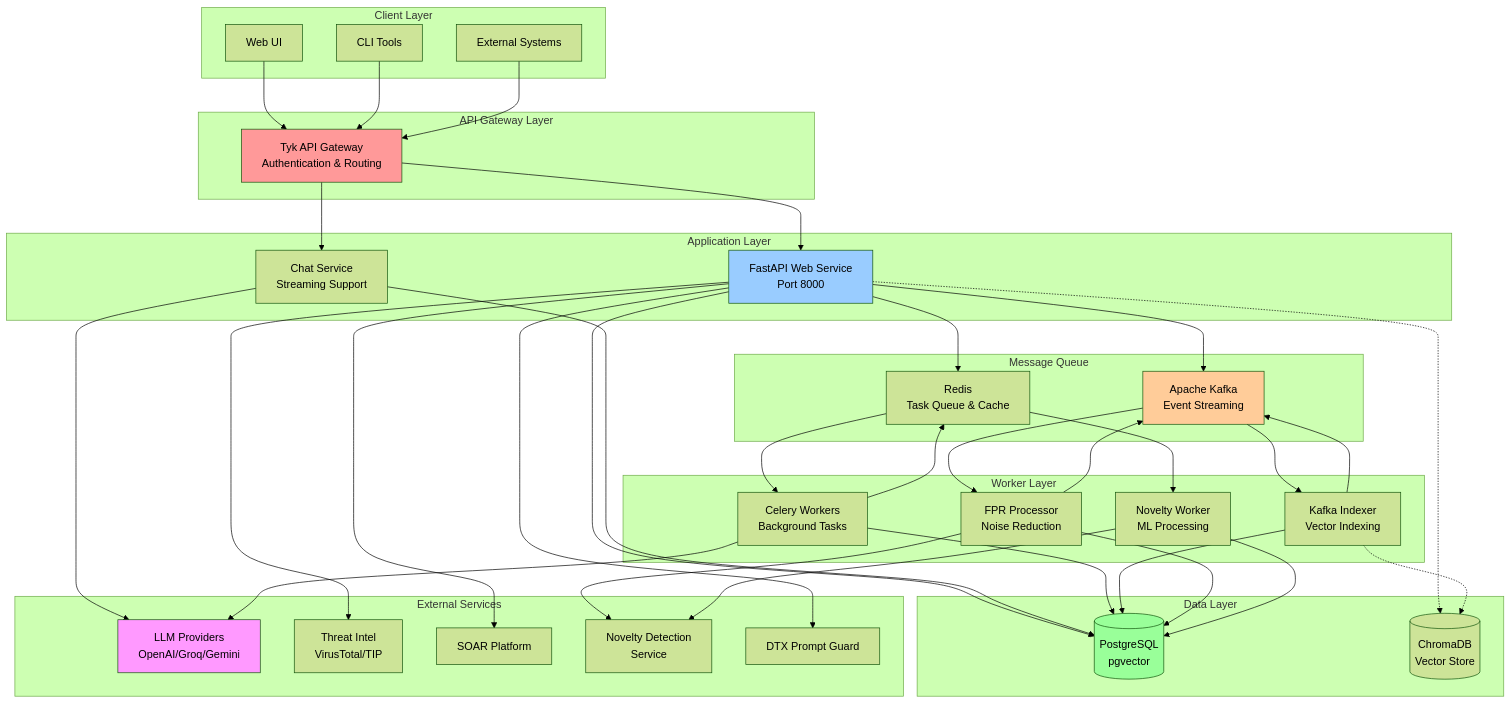
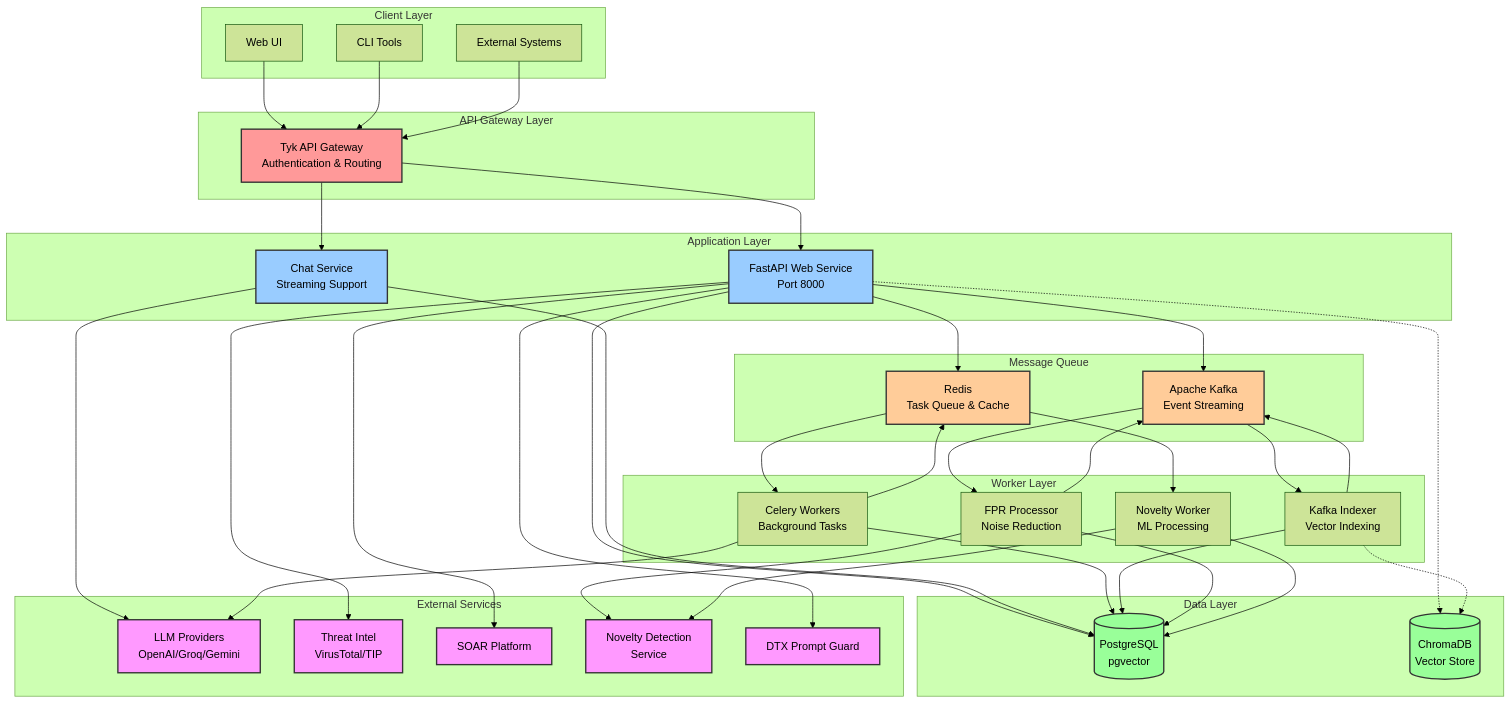
One commit to Vishwa0220/securaa-internal-documents changed the first of 10 diagrams in sia-service-high-level-design.md. Above: the diagram before and after it, drawn with Mermaid (forest theme). The commit also changed other lines of this file and 1 other file, not shown here.

First line of the commit message:
fix: correct mermaid diagram syntax in SIA service HLD and LLD

````diff
--- a/sia-service-high-level-design.md
+++ b/sia-service-high-level-design.md
@@ -145,38 +145,38 @@
 ```mermaid
 graph TB
-    subgraph "Client Layer"
+    subgraph ClientLayer["Client Layer"]
         UI[Web UI]
         CLI[CLI Tools]
         EXT[External Systems]
     end
     
-    subgraph "API Gateway Layer"
+    subgraph GatewayLayer["API Gateway Layer"]
         TYK[Tyk API Gateway<br/>Authentication & Routing]
     end
     
-    subgraph "Application Layer"
+    subgraph ApplicationLayer["Application Layer"]
         WEB[FastAPI Web Service<br/>Port 8000]
         CHAT[Chat Service<br/>Streaming Support]
     end
     
-    subgraph "Message Queue"
+    subgraph MessageQueue["Message Queue"]
         KAFKA[Apache Kafka<br/>Event Streaming]
         REDIS[Redis<br/>Task Queue & Cache]
     end
     
-    subgraph "Worker Layer"
+    subgraph WorkerLayer["Worker Layer"]
         WORKER[Celery Workers<br/>Background Tasks]
         INDEXER[Kafka Indexer<br/>Vector Indexing]
         FPR[FPR Processor<br/>Noise Reduction]
         NWORKER[Novelty Worker<br/>ML Processing]
     end
     
-    subgraph "Data Layer"
+    subgraph DataLayer["Data Layer"]
         PG[(PostgreSQL<br/>pgvector)]
         CHROMA[(ChromaDB<br/>Vector Store)]
     end
     
-    subgraph "External Services"
+    subgraph ExternalServices["External Services"]
         LLM[LLM Providers<br/>OpenAI/Groq/Gemini]
         TIP[Threat Intel<br/>VirusTotal/TIP]
         SOAR[SOAR Platform]
@@ -225,9 +225,15 @@
     WEB --> SOAR
     WEB --> DTX
     
-    style TYK fill:#ff9999
-    style WEB fill:#99ccff
-    style KAFKA fill:#ffcc99
-    style PG fill:#99ff99
-    style LLM fill:#ff99ff
+    classDef gateway fill:#ff9999,stroke:#333,stroke-width:2px
+    classDef application fill:#99ccff,stroke:#333,stroke-width:2px
+    classDef queue fill:#ffcc99,stroke:#333,stroke-width:2px
+    classDef database fill:#99ff99,stroke:#333,stroke-width:2px
+    classDef external fill:#ff99ff,stroke:#333,stroke-width:2px
+    
+    class TYK gateway
+    class WEB,CHAT application
+    class KAFKA,REDIS queue
+    class PG,CHROMA database
+    class LLM,TIP,SOAR,NDS,DTX external
 ```
````
